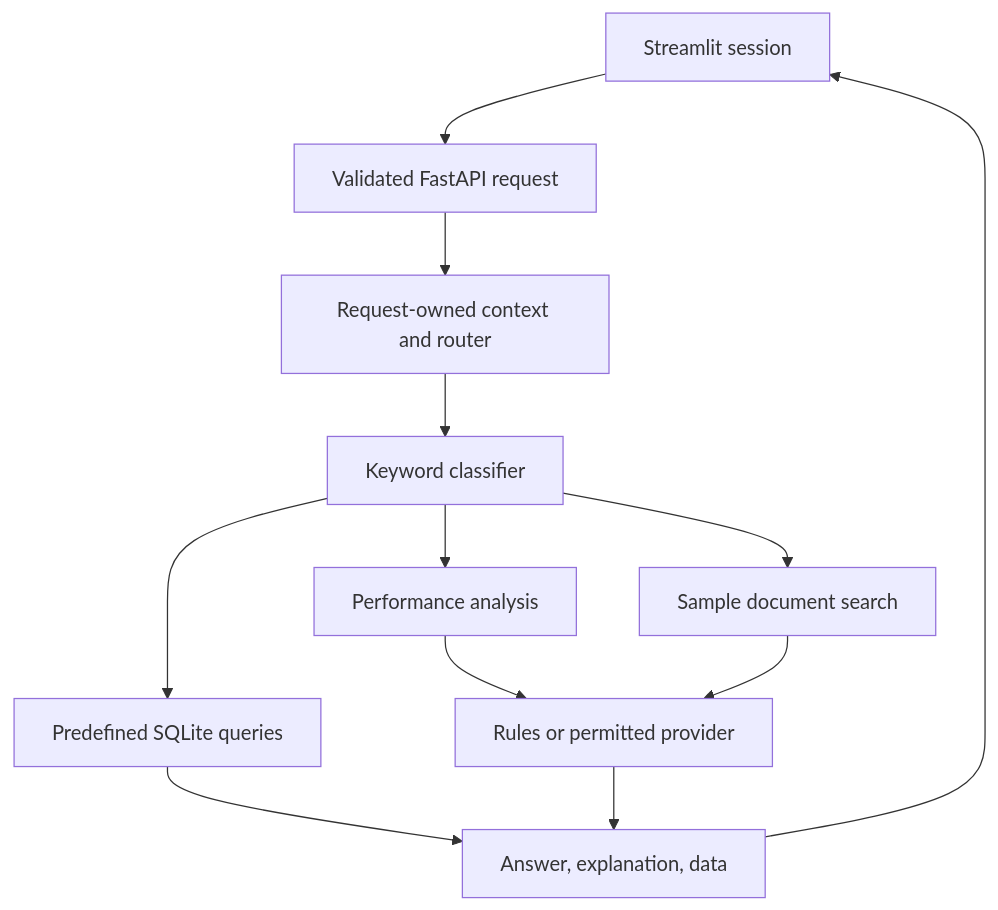
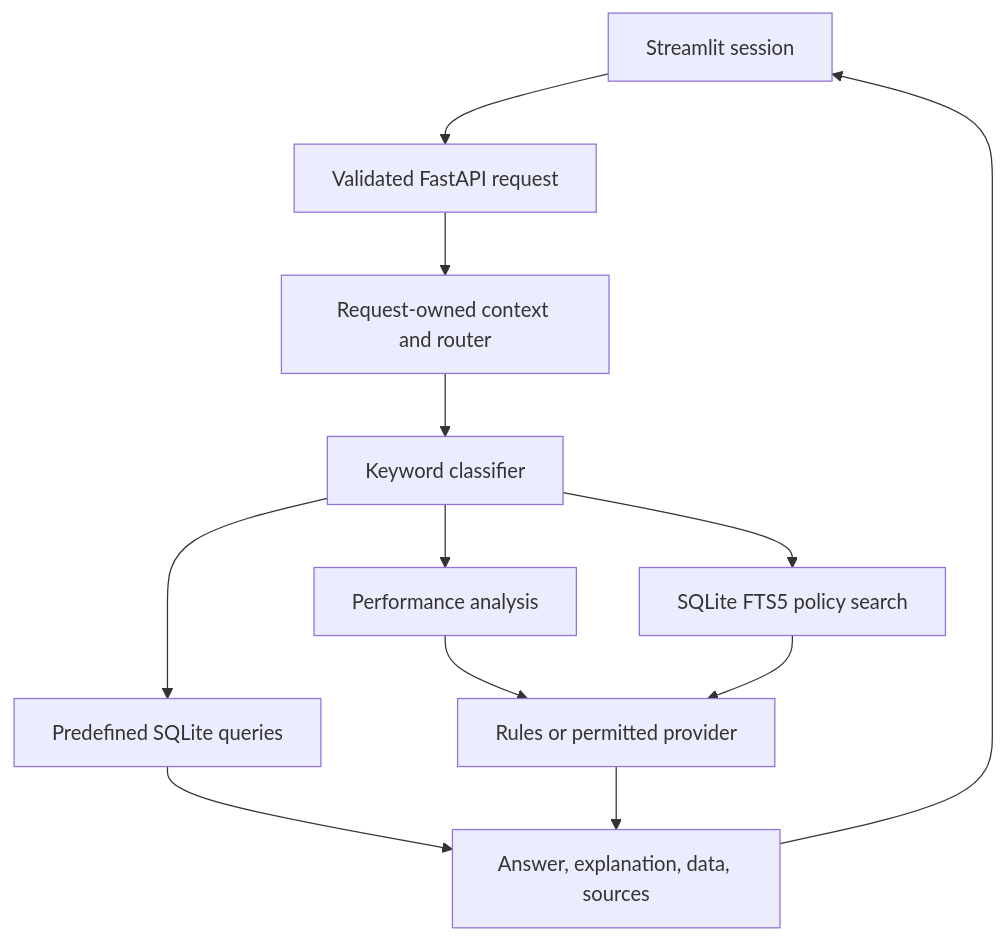
Before and after one commit to Singhal-Parth/CampusOracle-AI: the diagram in docs/architecture.md, drawn with Mermaid. The commit also changed other lines of this file and 9 other files, not shown here.

````diff
--- a/docs/architecture.md
+++ b/docs/architecture.md
@@ -3,14 +3,14 @@
 ```mermaid
 flowchart TD
     A["Streamlit session"] --> B["Validated FastAPI request"]
     B --> C["Request-owned context and router"]
     C --> D["Keyword classifier"]
     D --> E["Predefined SQLite queries"]
     D --> F["Performance analysis"]
-    D --> G["Sample document search"]
+    D --> G["SQLite FTS5 policy search"]
     F --> H["Rules or permitted provider"]
     G --> H
-    E --> I["Answer, explanation, data"]
+    E --> I["Answer, explanation, data, sources"]
     H --> I
     I --> A
 ```
````
